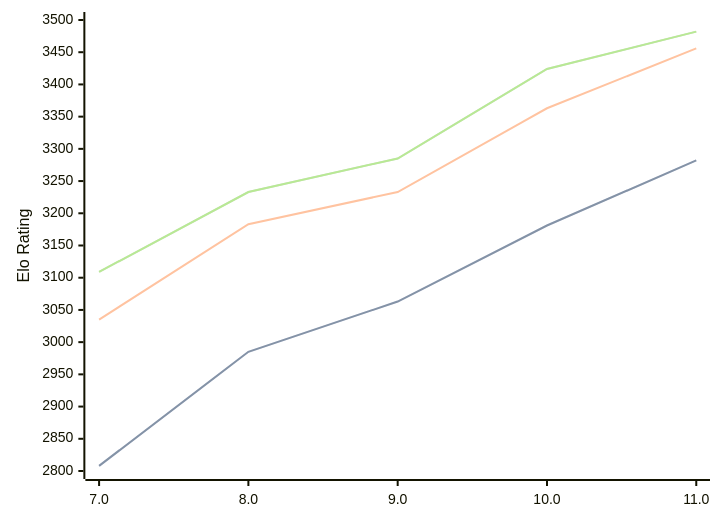
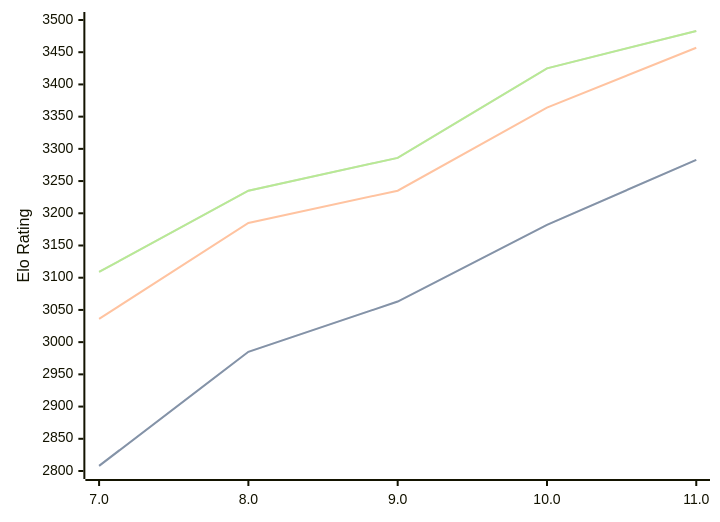
One commit to computer-chess-index/cci changed the diagram in engines/Tcheran.md. Above: the diagram before and after it, drawn with Mermaid. The commit also changed other lines of this file, not shown here.

Commit message:
Update CCI Ratings (ELO VLTC) - 2026-05-01

````diff
--- a/engines/Tcheran.md
+++ b/engines/Tcheran.md
@@ -49,11 +49,11 @@
 ```mermaid
 %%{init: {"theme":"base","themeVariables":{"seriesColors:['#a3a3a3','#222221','#faa371']}}}%%
 xychart-beta
   x-axis ["7.0", "8.0", "9.0", "10.0", "11.0"]
   y-axis "Elo Rating" 2800 --> 3500
-  line "STC (8.0+0.08s)" [2808, 2985, 3063, 3181, 3282]
-  line "STC (8.0+0.08s)" [2808, 2985, 3063, 3181, 3282]
-  line "LTC (60.0+0.60s)" [3035, 3183, 3233, 3363, 3456]
-  line "VLTC (2m24s+1.12s)" [3109, 3233, 3285, 3424, 3482]
-  line "VLTC (2m24s+1.12s)" [3109, 3233, 3285, 3424, 3482]
+  line "STC (8.0+0.08s)" [2808, 2985, 3063, 3182, 3283]
+  line "STC (8.0+0.08s)" [2808, 2985, 3063, 3182, 3283]
+  line "LTC (60.0+0.60s)" [3036, 3185, 3235, 3364, 3457]
+  line "VLTC (2m24s+1.12s)" [3109, 3235, 3286, 3425, 3483]
+  line "VLTC (2m24s+1.12s)" [3109, 3235, 3286, 3425, 3483]
 ```
````
